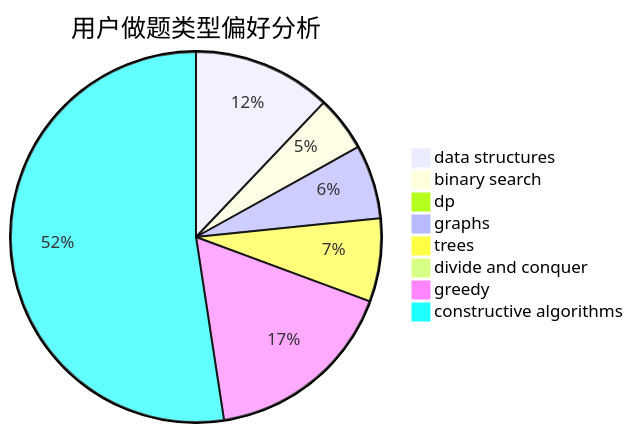
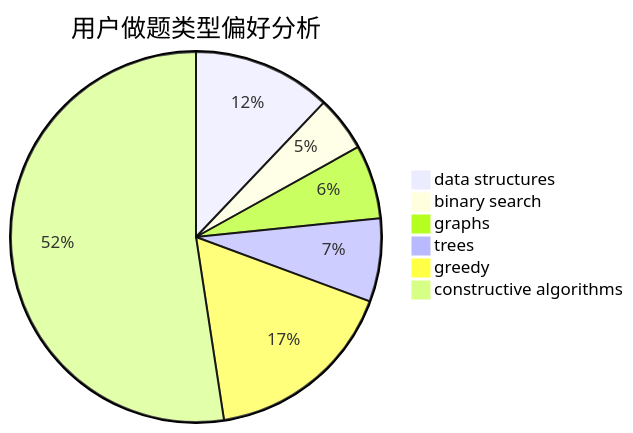
The second of 3 diagrams in docs/user/u2505.md (sherpahu/cfrs.github.io), drawn with Mermaid before and after one commit. The commit also changed other lines of this file and 2770 other files, not shown here.

````diff
--- a/docs/user/u2505.md
+++ b/docs/user/u2505.md
@@ -18,11 +16,9 @@
 ```mermaid
 pie title 用户做题类型偏好分析
     "data structures" :  15
     "binary search" :  6
-    "dp" :  0
     "graphs" :  8
     "trees" :  9
-    "divide and conquer" :  0
     "greedy" :  21
     "constructive algorithms" :  65
 ```
````
